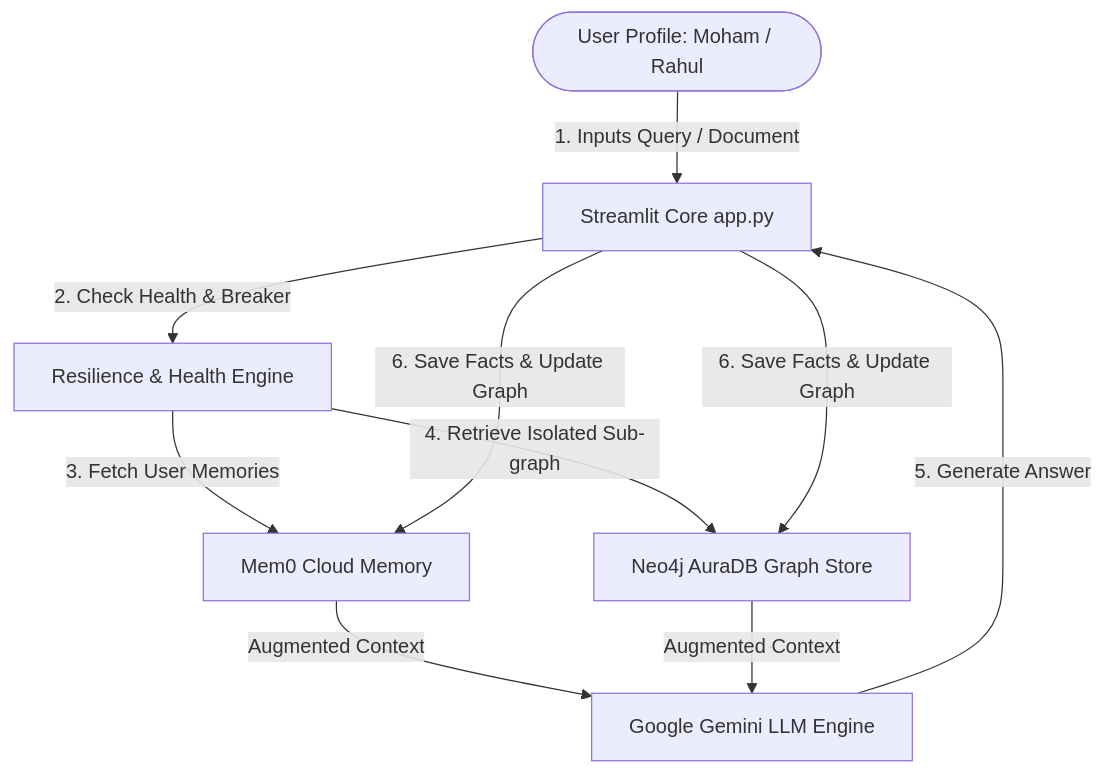
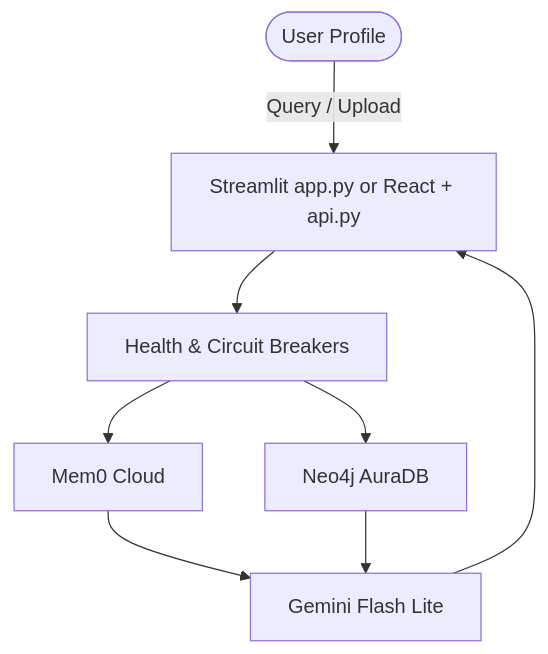
The diagram in README.md (Inayat-0007/I.N.A.Y.A.T.-An-agentic-RAG-system-that-remembers-you-reads-your-documents-and-visualises.), drawn with Mermaid before and after one commit. The commit also changed other lines of this file and 5 other files, not shown here.

````diff
--- a/README.md
+++ b/README.md
@@ -55,10 +71,9 @@
 ```mermaid
 flowchart TD
-    User([User Profile: Moham / Rahul]) -->|1. Inputs Query / Document| App[Streamlit Core app.py]
-    App -->|2. Check Health & Breaker| Health[Resilience & Health Engine]
-    Health -->|3. Fetch User Memories| Mem0[Mem0 Cloud Memory]
-    Health -->|4. Retrieve Isolated Sub-graph| Neo4j[Neo4j AuraDB Graph Store]
-    Mem0 & Neo4j -->|Augmented Context| LLM[Google Gemini LLM Engine]
-    LLM -->|5. Generate Answer| App
-    App -->|6. Save Facts & Update Graph| Mem0 & Neo4j
+    User([User Profile]) -->|Query / Upload| UI[Streamlit app.py or React + api.py]
+    UI --> Health[Health & Circuit Breakers]
+    Health --> Mem0[Mem0 Cloud]
+    Health --> Neo4j[Neo4j AuraDB]
+    Mem0 & Neo4j --> LLM[Gemini Flash Lite]
+    LLM --> UI
 ```
````
